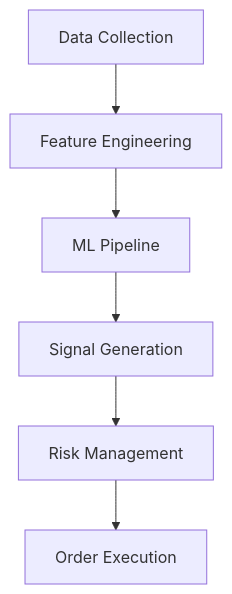
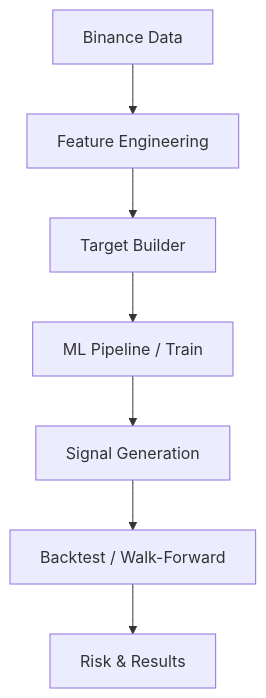
One commit to Luisklepa/MLTraderV2 changed the diagram in README.md. Above: the diagram before and after it, drawn with Mermaid. The commit also changed other lines of this file and 99 other files, not shown here.

````diff
--- a/README.md
+++ b/README.md
@@ -7,8 +5,9 @@
 ```mermaid
 graph TD
-    A[Data Collection] --> B[Feature Engineering]
-    B --> C[ML Pipeline]
-    C --> D[Signal Generation]
-    D --> E[Risk Management]
-    E --> F[Order Execution]
+    A[Binance Data] --> B[Feature Engineering]
+    B --> C[Target Builder]
+    C --> D[ML Pipeline / Train]
+    D --> E[Signal Generation]
+    E --> F[Backtest / Walk-Forward]
+    F --> G[Risk & Results]
 ```
````
